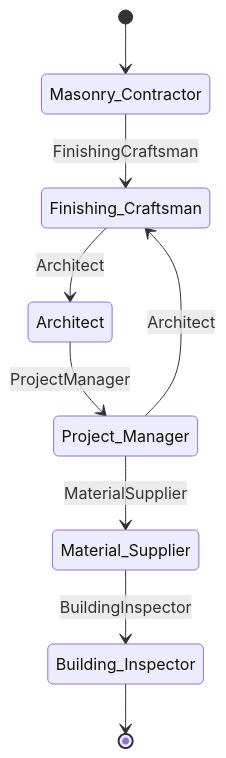
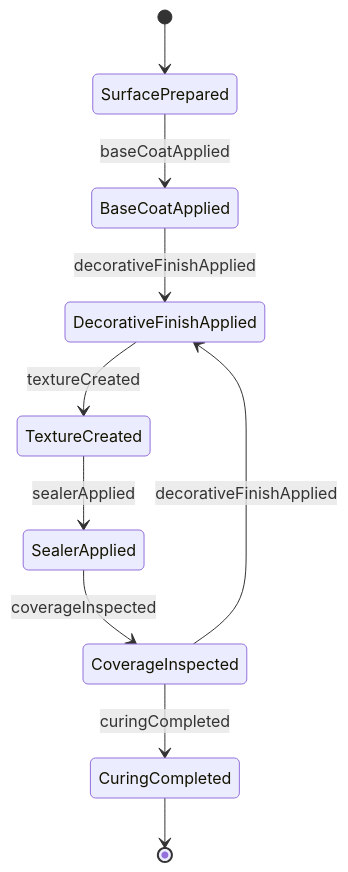
Before and after one commit to dot-org-ai/tasks.org.ai: the second of 4 diagrams in HandlingAndMovingObjects/ApplyDecorativeFinishes/ApplyDecorativeMasonryFinishes.mdx, drawn with Mermaid. The commit also changed other lines of this file and 40 other files, not shown here.

First line of the commit message:
fix: Replace Actor-based ER and State diagrams with Entity/Event-based diagrams in 41 HandlingAndMovingObjects DWA files

````diff
--- a/HandlingAndMovingObjects/ApplyDecorativeFinishes/ApplyDecorativeMasonryFinishes.mdx
+++ b/HandlingAndMovingObjects/ApplyDecorativeFinishes/ApplyDecorativeMasonryFinishes.mdx
@@ -102,11 +100,12 @@
 ```mermaid
 stateDiagram-v2
-    [*] --> Masonry_Contractor
-    Masonry_Contractor --> Finishing_Craftsman: FinishingCraftsman
-    Finishing_Craftsman --> Architect: Architect
-    Architect --> Project_Manager: ProjectManager
-    Project_Manager --> Material_Supplier: MaterialSupplier
-    Material_Supplier --> Building_Inspector: BuildingInspector
-    Project_Manager --> Finishing_Craftsman: Architect
-    Building_Inspector --> [*]
+    [*] --> SurfacePrepared
+    SurfacePrepared --> BaseCoatApplied : baseCoatApplied
+    BaseCoatApplied --> DecorativeFinishApplied : decorativeFinishApplied
+    DecorativeFinishApplied --> TextureCreated : textureCreated
+    TextureCreated --> SealerApplied : sealerApplied
+    SealerApplied --> CoverageInspected : coverageInspected
+    CoverageInspected --> DecorativeFinishApplied : decorativeFinishApplied
+    CoverageInspected --> CuringCompleted : curingCompleted
+    CuringCompleted --> [*]
 ```
````
